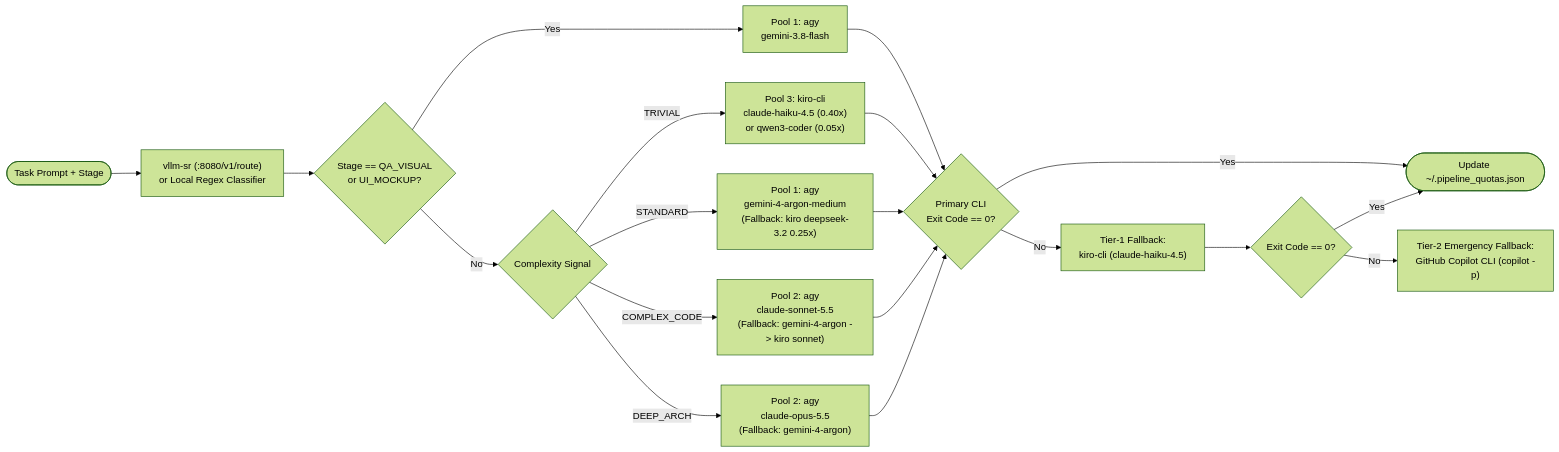
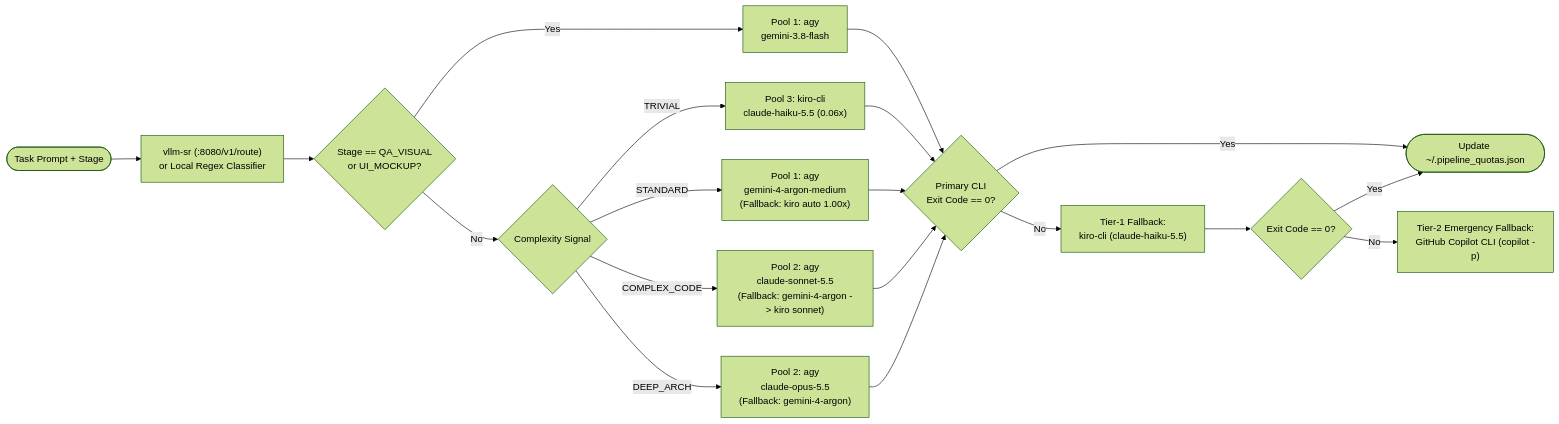
One commit to gbntr/agenthub changed the third of 3 diagrams in README.md. Above: the diagram before and after it, drawn with Mermaid (forest theme). The commit also changed other lines of this file and 21 other files, not shown here.

````diff
--- a/README.md
+++ b/README.md
@@ -155,20 +155,20 @@
 ```mermaid
 flowchart LR
     Prompt(["Task Prompt + Stage"]) --> Classifier["vllm-sr (:8080/v1/route)<br/>or Local Regex Classifier"]
     Classifier --> StageCheck{"Stage == QA_VISUAL<br/>or UI_MOCKUP?"}
 
     StageCheck -- Yes --> Pool1_Flash["Pool 1: agy<br/>gemini-3.8-flash"]
     StageCheck -- No --> CompCheck{"Complexity Signal"}
 
-    CompCheck -- TRIVIAL --> KiroHaiku["Pool 3: kiro-cli<br/>claude-haiku-4.5 (0.40x)<br/>or qwen3-coder (0.05x)"]
-    CompCheck -- STANDARD --> Pool1_Pro["Pool 1: agy<br/>gemini-4-argon-medium<br/>(Fallback: kiro deepseek-3.2 0.25x)"]
+    CompCheck -- TRIVIAL --> KiroHaiku["Pool 3: kiro-cli<br/>claude-haiku-5.5 (0.06x)"]
+    CompCheck -- STANDARD --> Pool1_Pro["Pool 1: agy<br/>gemini-4-argon-medium<br/>(Fallback: kiro auto 1.00x)"]
     CompCheck -- COMPLEX_CODE --> Pool2_Sonnet["Pool 2: agy<br/>claude-sonnet-5.5<br/>(Fallback: gemini-4-argon -> kiro sonnet)"]
     CompCheck -- DEEP_ARCH --> Pool2_Opus["Pool 2: agy<br/>claude-opus-5.5<br/>(Fallback: gemini-4-argon)"]
 
     Pool1_Flash & KiroHaiku & Pool1_Pro & Pool2_Sonnet & Pool2_Opus --> Exec{"Primary CLI<br/>Exit Code == 0?"}
     Exec -- Yes --> Done(["Update ~/.pipeline_quotas.json"])
-    Exec -- No --> FB1["Tier-1 Fallback:<br/>kiro-cli (claude-haiku-4.5)"]
+    Exec -- No --> FB1["Tier-1 Fallback:<br/>kiro-cli (claude-haiku-5.5)"]
     FB1 --> FB1_Check{"Exit Code == 0?"}
     FB1_Check -- Yes --> Done
     FB1_Check -- No --> FB2["Tier-2 Emergency Fallback:<br/>GitHub Copilot CLI (copilot -p)"]
 ```
````
